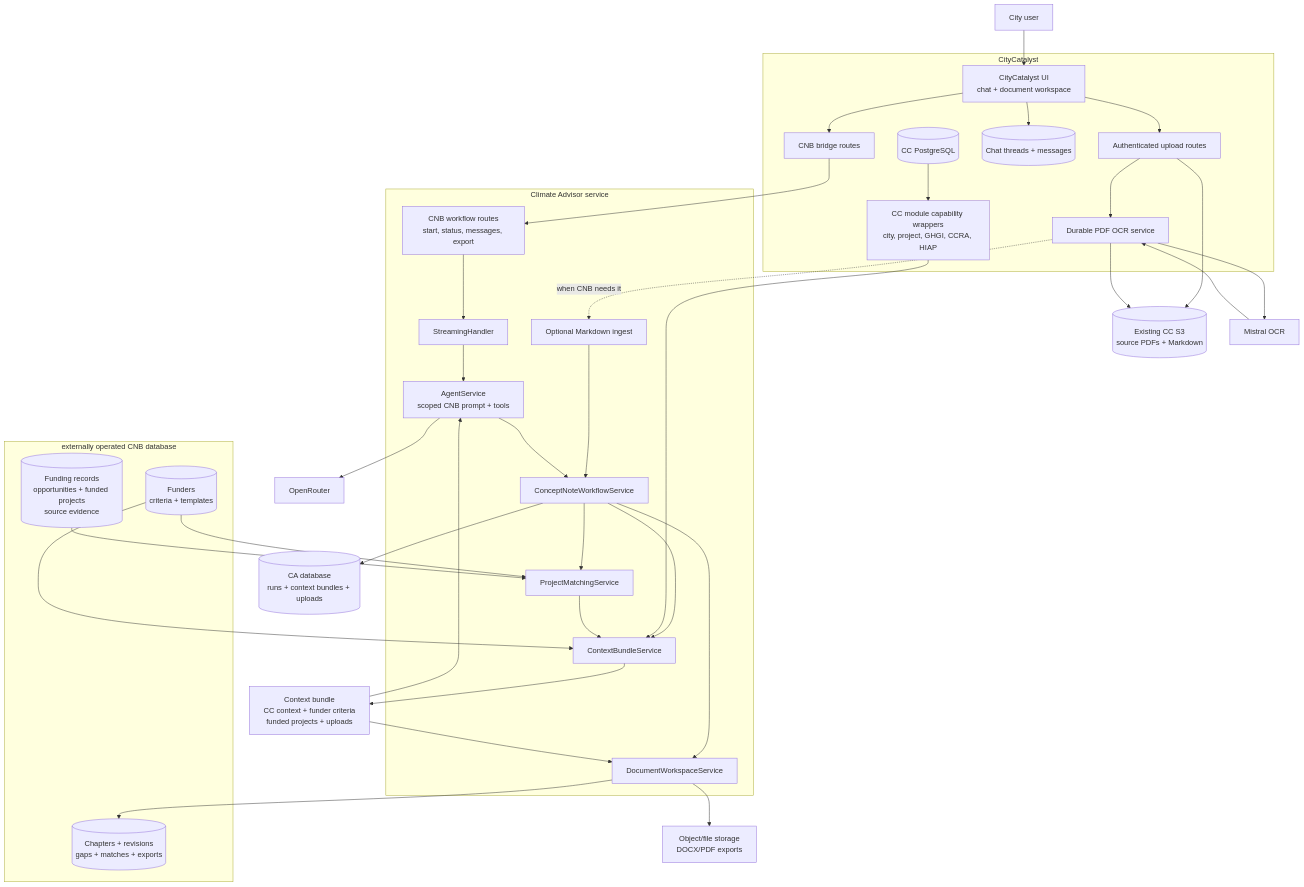
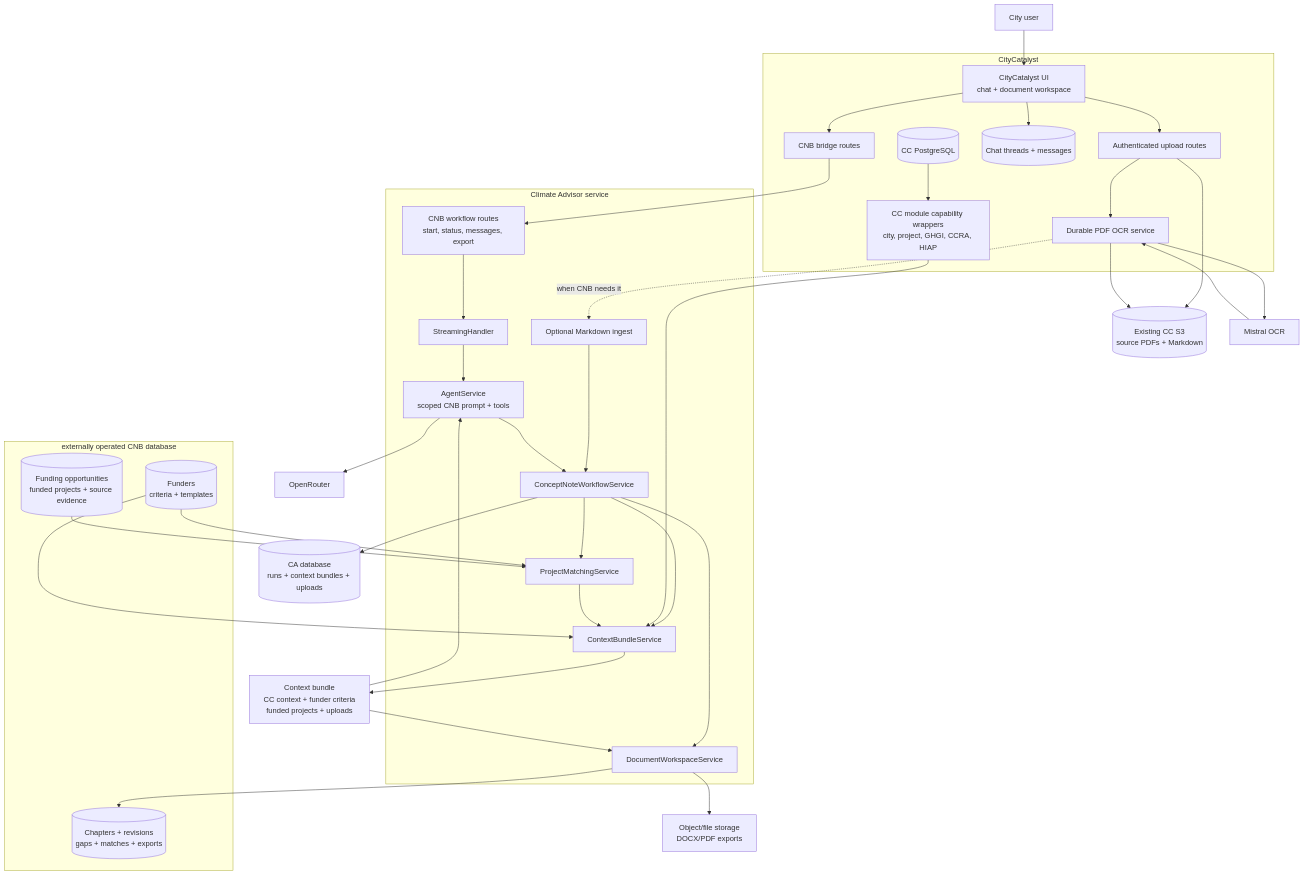
The first of 14 diagrams in docs/ConceptNoteBuilderArchitecture.md (Open-Earth-Foundation/CityCatalyst), drawn with Mermaid before and after one commit. The commit also changed other lines of this file and 47 other files, not shown here.

Commit message:
feat: separate CNB funding opportunities and projects

````diff
--- a/docs/ConceptNoteBuilderArchitecture.md
+++ b/docs/ConceptNoteBuilderArchitecture.md
@@ -82,71 +82,71 @@
 ```mermaid
 flowchart TB
     User["City user"] --> CCUI["CityCatalyst UI<br/>chat + document workspace"]
 
     subgraph CC["CityCatalyst"]
         CCUI
         CCBridge["CNB bridge routes"]
         CCUpload["Authenticated upload routes"]
         CCOCR["Durable PDF OCR service"]
         CCCaps["CC module capability wrappers<br/>city, project, GHGI, CCRA, HIAP"]
         CCChat[("Chat threads + messages")]
         CCData[("CC PostgreSQL")]
     end
 
     CCFiles[("Existing CC S3<br/>source PDFs + Markdown")]
     Mistral["Mistral OCR"]
 
     subgraph CA["Climate Advisor service"]
         CARoutes["CNB workflow routes<br/>start, status, messages, export"]
         MarkdownIngress["Optional Markdown ingest"]
         Stream["StreamingHandler"]
         Agent["AgentService<br/>scoped CNB prompt + tools"]
         CNBService["ConceptNoteWorkflowService"]
         ContextService["ContextBundleService"]
         DocService["DocumentWorkspaceService"]
         MatchService["ProjectMatchingService"]
     end
 
     CADB[("CA database<br/>runs + context bundles + uploads")]
 
     subgraph CNBDB["externally operated CNB database"]
         WorkspaceDB[("Chapters + revisions<br/>gaps + matches + exports")]
         FunderDB[("Funders<br/>criteria + templates")]
-        ProjectKB[("Funding records<br/>opportunities + funded projects<br/>source evidence")]
+        ProjectKB[("Funding opportunities<br/>funded projects + source evidence")]
     end
 
     ContextBundle["Context bundle<br/>CC context + funder criteria<br/>funded projects + uploads"]
     OpenRouter["OpenRouter"]
     ExportStore["Object/file storage<br/>DOCX/PDF exports"]
 
     CCUI --> CCBridge
     CCUI --> CCChat
     CCUI --> CCUpload
     CCUpload --> CCFiles
     CCUpload --> CCOCR
     CCOCR --> Mistral
     Mistral --> CCOCR
     CCOCR --> CCFiles
     CCOCR -. "when CNB needs it" .-> MarkdownIngress
     MarkdownIngress --> CNBService
     CCBridge --> CARoutes
     CARoutes --> Stream
     Stream --> Agent
     Agent --> CNBService
     CNBService --> ContextService
     CNBService --> DocService
     CNBService --> MatchService
     CNBService --> CADB
     DocService --> WorkspaceDB
     CCData --> CCCaps
     CCCaps --> ContextService
     FunderDB --> ContextService
     FunderDB --> MatchService
     ProjectKB --> MatchService
     MatchService --> ContextService
     ContextService --> ContextBundle
     ContextBundle --> Agent
     ContextBundle --> DocService
     DocService --> ExportStore
     Agent --> OpenRouter
 ```
````
